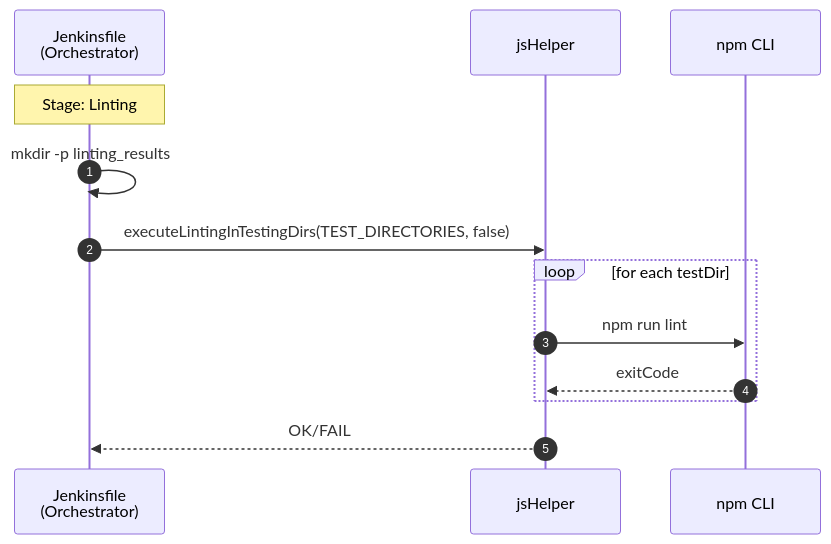
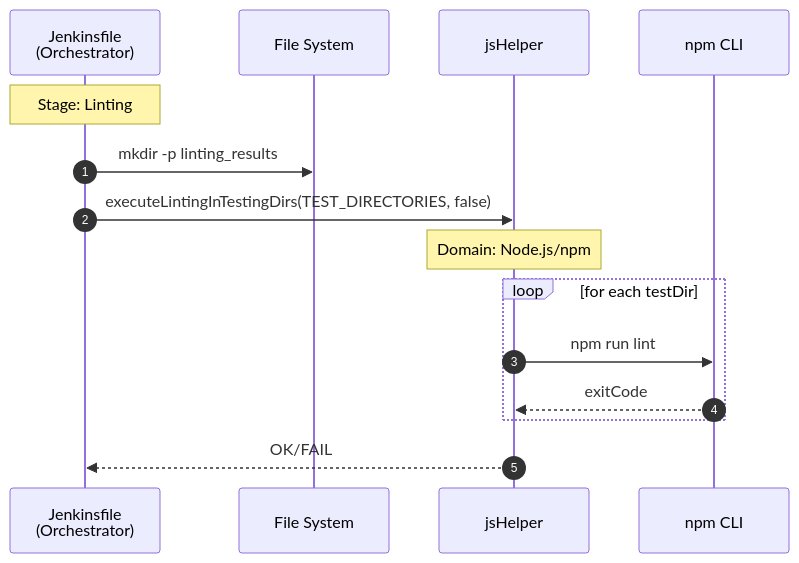
Before and after one commit to JindoKimKor/Self-Binnacle: the fourth of 7 diagrams in Voyages/Projects/VARLab-work-transfer/portfolios/devops-jenkins-linux/4-layer-architecture-and-logger-system-integration/problem-analysis/pipeline-sequence-diagrams/js-ci.md, drawn with Mermaid. The commit also changed other lines of this file and 55 other files, not shown here.

First line of the commit message:
refactor(4-layer-architecture): Standardize analysis document naming and format

````diff
--- a/Voyages/Projects/VARLab-work-transfer/portfolios/devops-jenkins-linux/4-layer-architecture-and-logger-system-integration/problem-analysis/pipeline-sequence-diagrams/js-ci.md
+++ b/Voyages/Projects/VARLab-work-transfer/portfolios/devops-jenkins-linux/4-layer-architecture-and-logger-system-integration/problem-analysis/pipeline-sequence-diagrams/js-ci.md
@@ -163,19 +183,21 @@
 ```mermaid
 sequenceDiagram
     autonumber
 
     participant JF as Jenkinsfile<br/>(Orchestrator)
+    participant FS as File System
     participant JSH as jsHelper
     participant NPM as npm CLI
 
     Note over JF: Stage: Linting
 
-    JF->>JF: mkdir -p linting_results
+    JF->>FS: mkdir -p linting_results
 
     JF->>JSH: executeLintingInTestingDirs(TEST_DIRECTORIES, false)
+    Note over JSH: Domain: Node.js/npm
     loop for each testDir
         JSH->>NPM: npm run lint
         NPM-->>JSH: exitCode
     end
     JSH-->>JF: OK/FAIL
 ```
````
